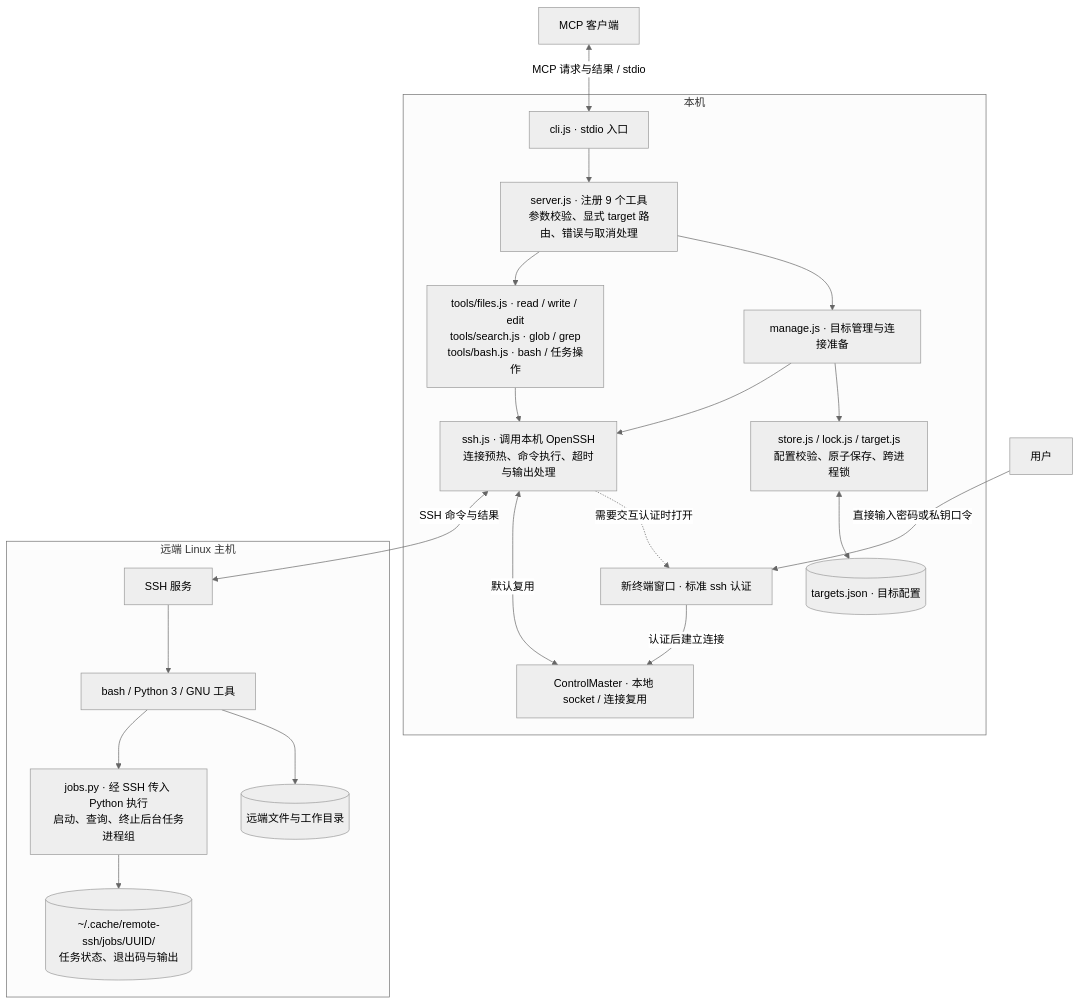
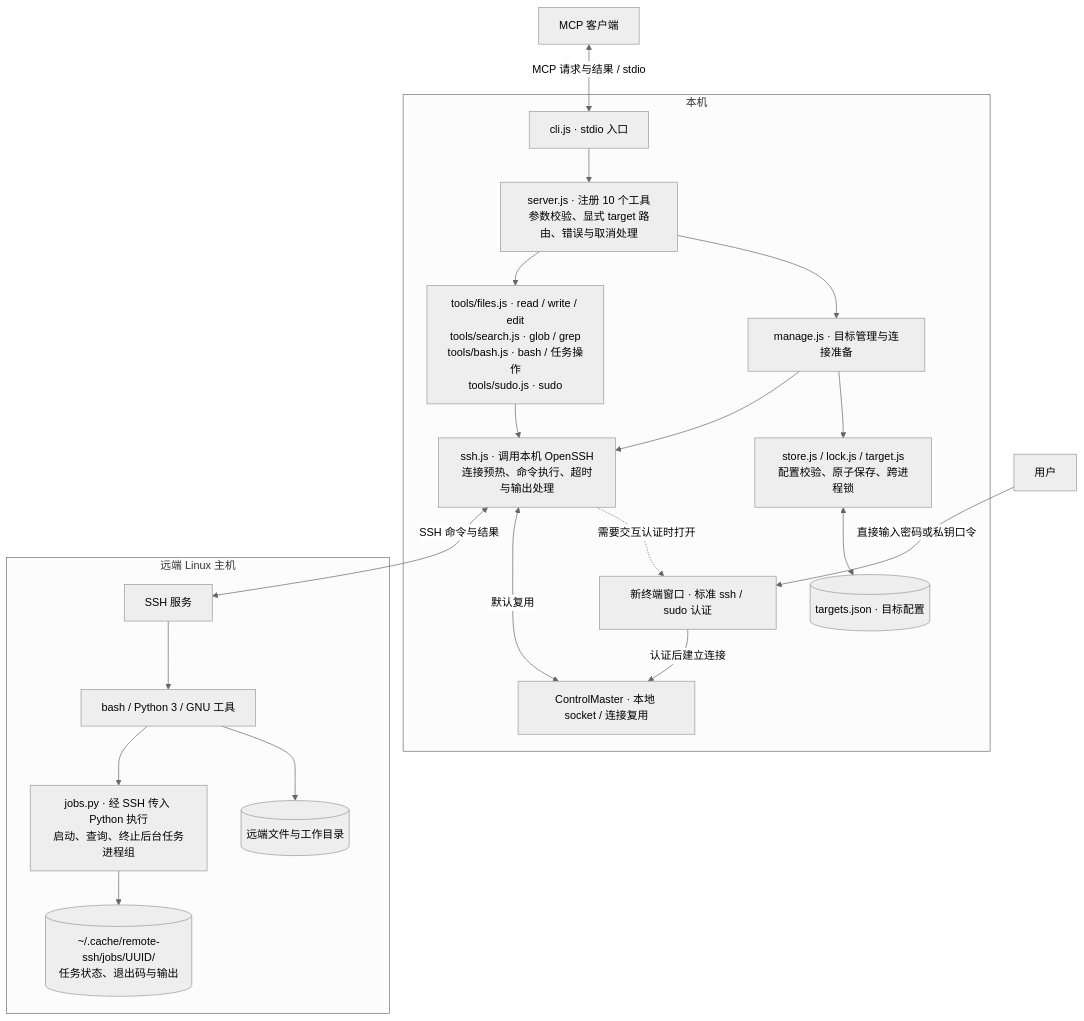
One commit to seek-hope/Remote-SSH-MCP changed the diagram in README.md. Above: the diagram before and after it, drawn with Mermaid (neutral theme). The commit also changed other lines of this file and 7 other files, not shown here.

First line of the commit message:
feat: add sudo tool with terminal-entered password

````diff
--- a/README.md
+++ b/README.md
@@ -17,45 +18,45 @@
 ```mermaid
 flowchart TB
     Client["MCP 客户端"]
     User["用户"]
 
     subgraph Local["本机"]
         CLI["cli.js · stdio 入口"]
-        Server["server.js · 注册 9 个工具<br/>参数校验、显式 target 路由、错误与取消处理"]
+        Server["server.js · 注册 10 个工具<br/>参数校验、显式 target 路由、错误与取消处理"]
         Manage["manage.js · 目标管理与连接准备"]
         Store["store.js / lock.js / target.js<br/>配置校验、原子保存、跨进程锁"]
         Targets[("targets.json · 目标配置")]
-        Tools["tools/files.js · read / write / edit<br/>tools/search.js · glob / grep<br/>tools/bash.js · bash / 任务操作"]
+        Tools["tools/files.js · read / write / edit<br/>tools/search.js · glob / grep<br/>tools/bash.js · bash / 任务操作<br/>tools/sudo.js · sudo"]
         SSH["ssh.js · 调用本机 OpenSSH<br/>连接预热、命令执行、超时与输出处理"]
-        Terminal["新终端窗口 · 标准 ssh 认证"]
+        Terminal["新终端窗口 · 标准 ssh / sudo 认证"]
         Master["ControlMaster · 本地 socket / 连接复用"]
 
         CLI --> Server
         Server --> Manage
         Manage --> Store
         Store <--> Targets
         Server --> Tools
         Manage --> SSH
         Tools --> SSH
         SSH -. "需要交互认证时打开" .-> Terminal
         Terminal -->|认证后建立连接| Master
         SSH <-->|默认复用| Master
     end
 
     subgraph Remote["远端 Linux 主机"]
         SSHD["SSH 服务"]
         Commands["bash / Python 3 / GNU 工具"]
         Files[("远端文件与工作目录")]
         Jobs["jobs.py · 经 SSH 传入 Python 执行<br/>启动、查询、终止后台任务进程组"]
         Logs[("~/.cache/remote-ssh/jobs/UUID/<br/>任务状态、退出码与输出")]
 
         SSHD --> Commands
         Commands --> Files
         Commands --> Jobs
         Jobs --> Logs
     end
 
     Client <-->|MCP 请求与结果 / stdio| CLI
     User -->|直接输入密码或私钥口令| Terminal
     SSH <-->|SSH 命令与结果| SSHD
 ```
````
